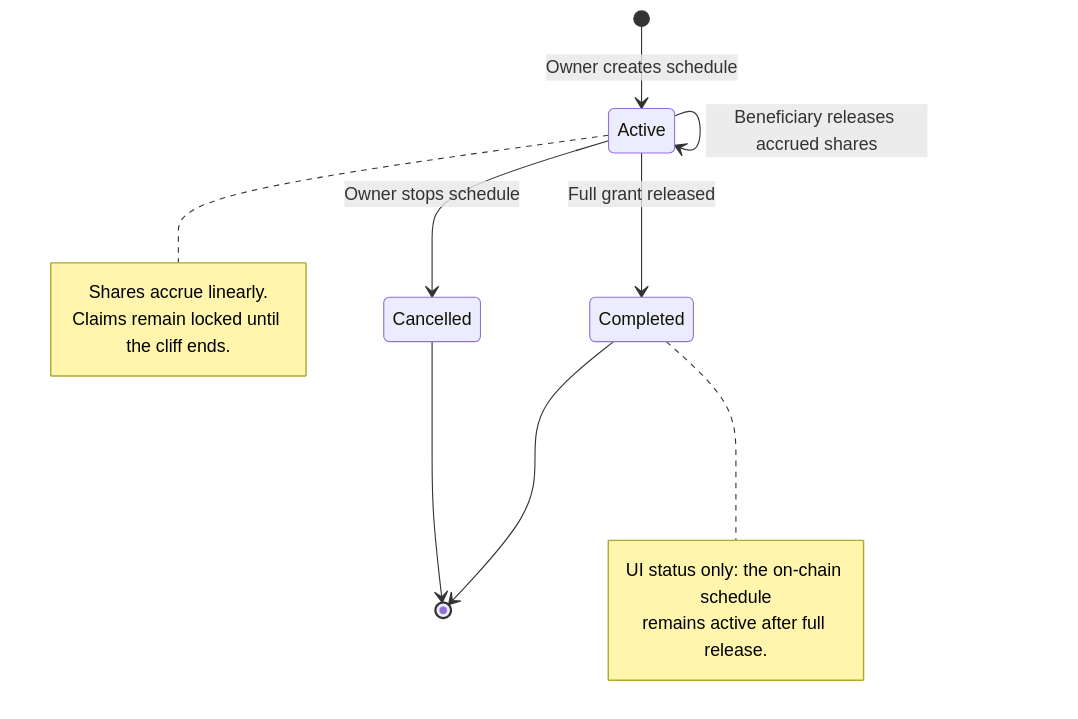
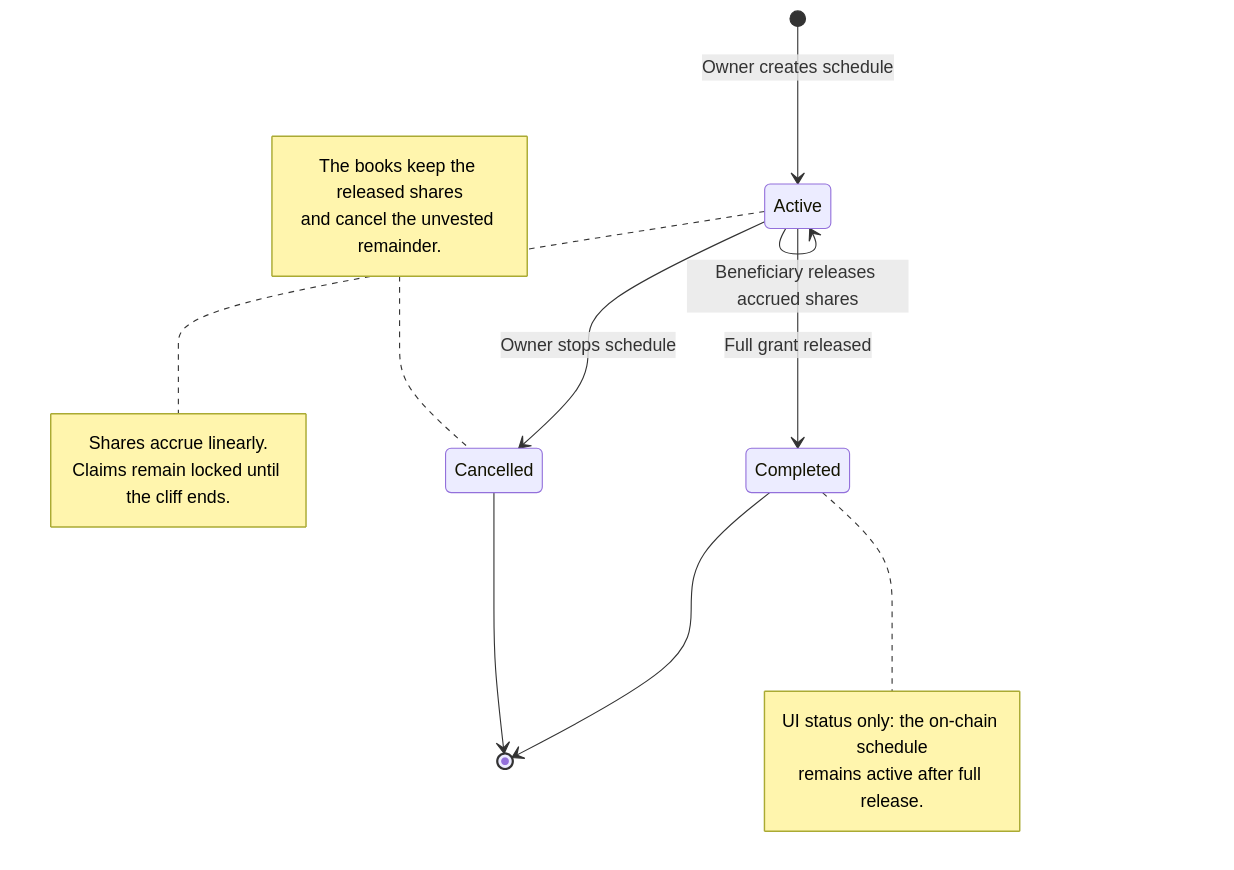
One commit to globe-and-citizen/cnc-portal changed the diagram in docs/features/vesting/README.md. Above: the diagram before and after it, drawn with Mermaid. The commit also changed other lines of this file, not shown here.

````diff
--- a/docs/features/vesting/README.md
+++ b/docs/features/vesting/README.md
@@ -23,19 +28,24 @@
 ```mermaid
 stateDiagram-v2
     [*] --> Active: Owner creates schedule
     Active --> Active: Beneficiary releases accrued shares
     Active --> Completed: Full grant released
     Active --> Cancelled: Owner stops schedule
     Completed --> [*]
     Cancelled --> [*]
 
     note right of Active
       Shares accrue linearly.
       Claims remain locked until the cliff ends.
     end note
 
     note right of Completed
       UI status only: the on-chain schedule
       remains active after full release.
     end note
+
+    note left of Cancelled
+      The books keep the released shares
+      and cancel the unvested remainder.
+    end note
 ```
````
